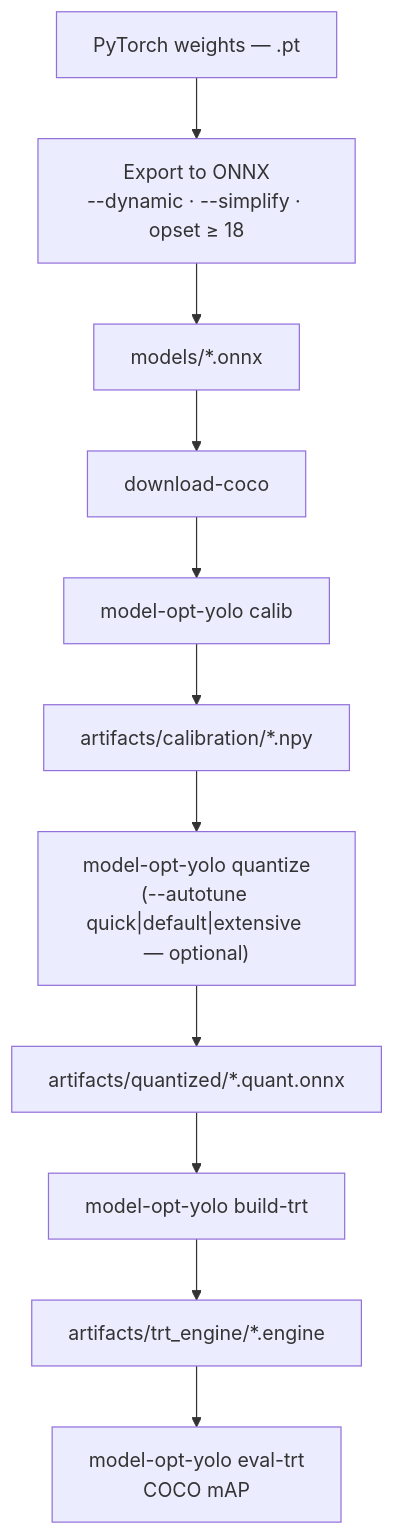
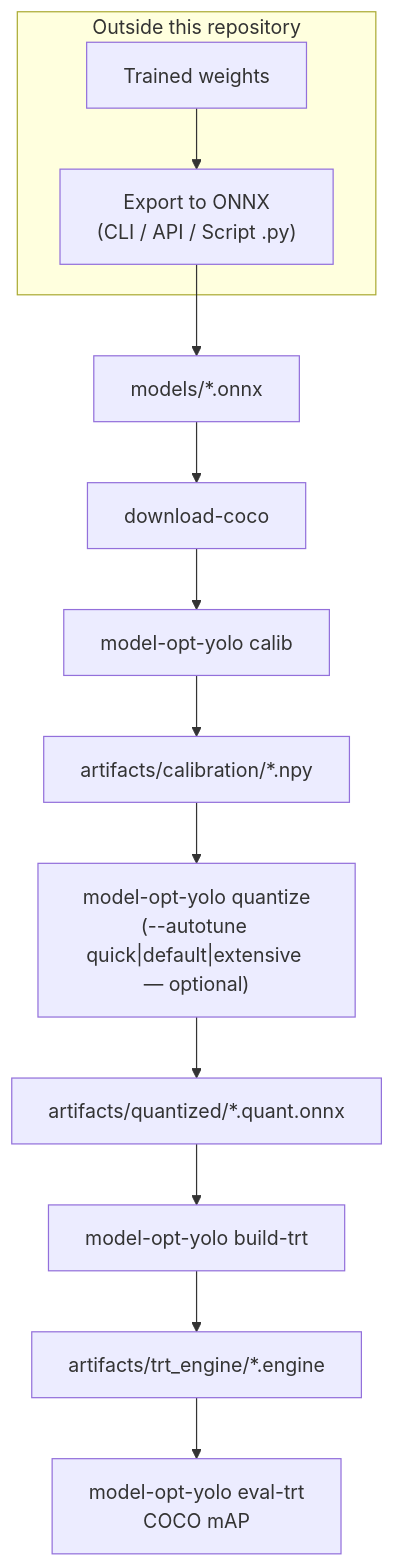
Before and after one commit to levipereira/Model-Optimizer-ONNX: the diagram in README.md, drawn with Mermaid. The commit also changed other lines of this file and 22 other files, not shown here.

````diff
--- a/README.md
+++ b/README.md
@@ -52,13 +54,15 @@
 ```mermaid
 flowchart TD
-  A[PyTorch weights — .pt] --> B[Export to ONNX<br/>--dynamic · --simplify · opset ≥ 18]
+  subgraph EXT["Outside this repository"]
+    A[Trained weights] --> B["Export to ONNX<br/>(CLI / API / Script .py)"]
+  end
   B --> C[models/*.onnx]
   C --> H[download-coco]
   H --> I[model-opt-yolo calib]
   I --> J[artifacts/calibration/*.npy]
   J --> Q["model-opt-yolo quantize<br/>(--autotune quick|default|extensive — optional)"]
   Q --> L[artifacts/quantized/*.quant.onnx]
   L --> M[model-opt-yolo build-trt]
   M --> N[artifacts/trt_engine/*.engine]
   N --> O[model-opt-yolo eval-trt<br/>COCO mAP]
 ```
````
